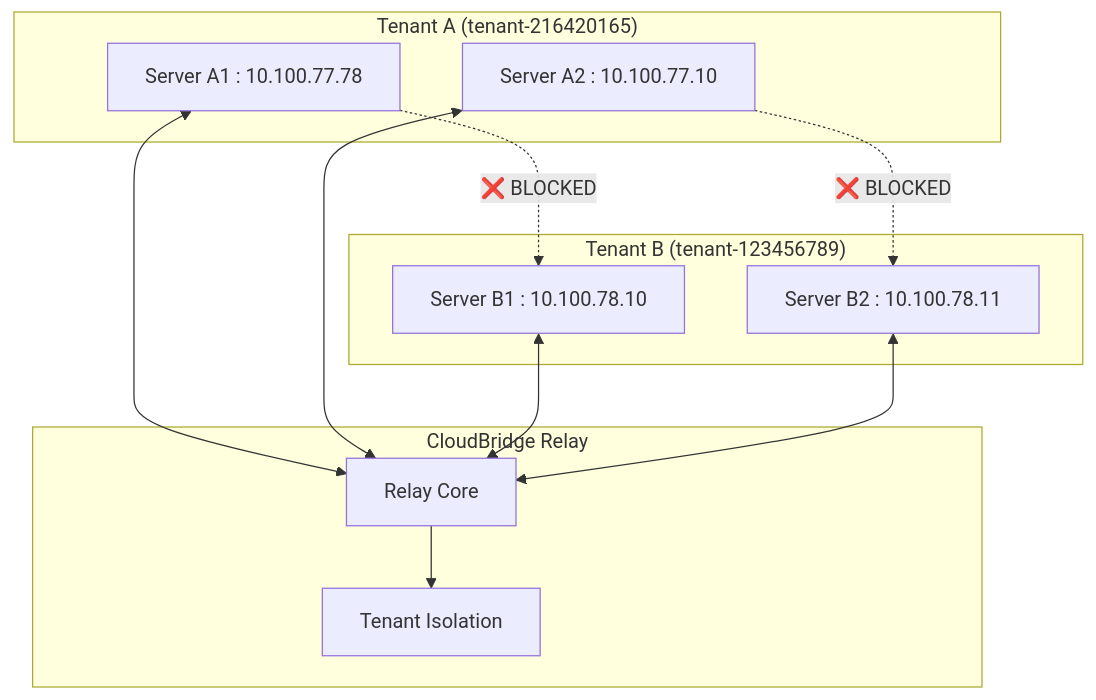
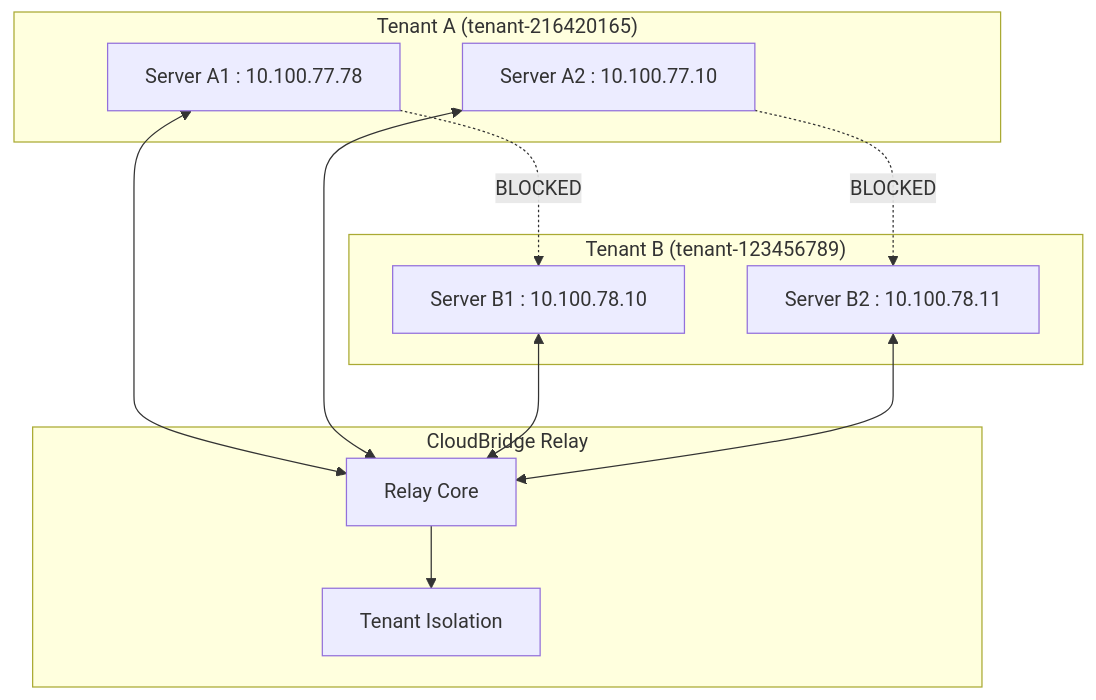
One commit to twogc/cloudbridge-relay-installer changed the tenth of 26 diagrams in docs/architecture/ARCHITECTURE_ANALYSIS.md. Above: the diagram before and after it, drawn with Mermaid. The commit also changed other lines of this file and 333 other files, not shown here.

````diff
--- a/docs/architecture/ARCHITECTURE_ANALYSIS.md
+++ b/docs/architecture/ARCHITECTURE_ANALYSIS.md
@@ -790,27 +790,27 @@
 ```mermaid
 graph TB
     subgraph "Tenant A (tenant-216420165)"
         TA1[Server A1 : 10.100.77.78]
         TA2[Server A2 : 10.100.77.10]
     end
     
     subgraph "Tenant B (tenant-123456789)"
         TB1[Server B1 : 10.100.78.10]
         TB2[Server B2 : 10.100.78.11]
     end
     
     subgraph "CloudBridge Relay"
         RELAY[Relay Core]
         ISOLATION[Tenant Isolation]
     end
     
     TA1 <--> RELAY
     TA2 <--> RELAY
     TB1 <--> RELAY
     TB2 <--> RELAY
     
     RELAY --> ISOLATION
     
-    TA1 -.->|❌ BLOCKED| TB1
-    TA2 -.->|❌ BLOCKED| TB2
+    TA1 -.->| BLOCKED| TB1
+    TA2 -.->| BLOCKED| TB2
 ```
````
